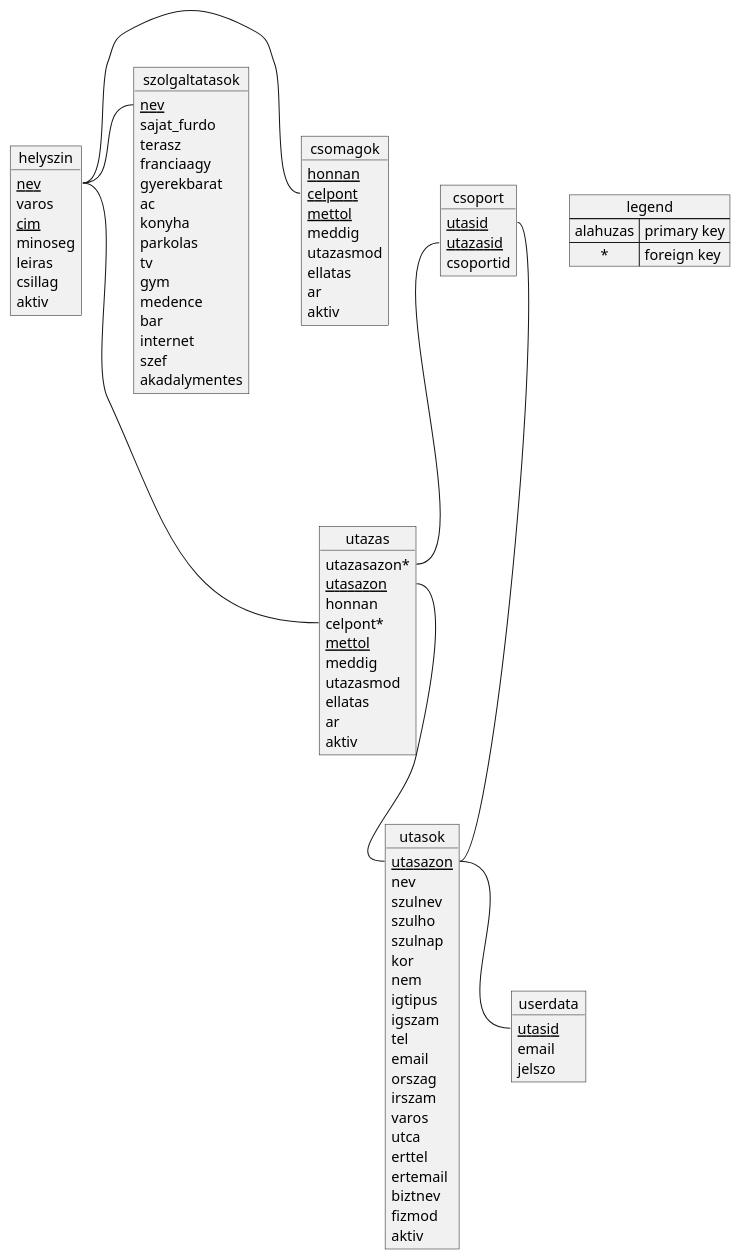
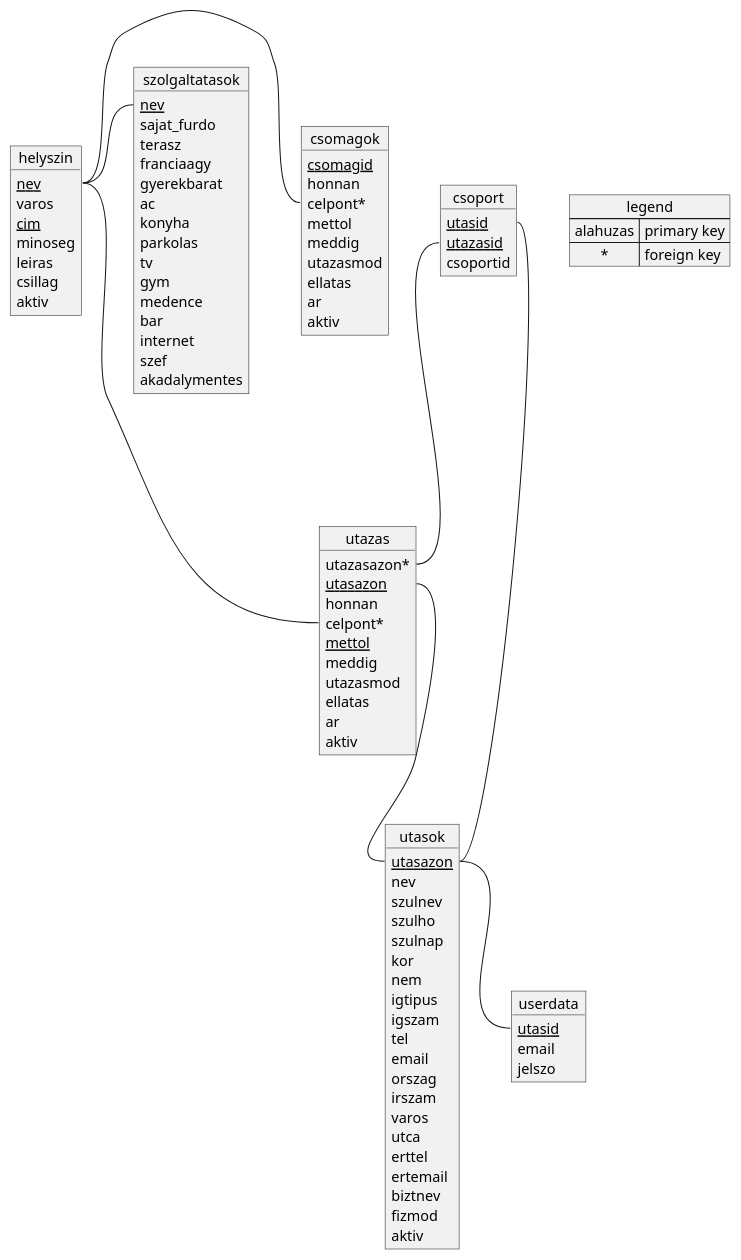
Before and after one commit to PeacefulAvocado/JourneyMasters: the diagram in dokumentáció/database/database.puml, drawn with PlantUML. The commit also changed 4 other files, not shown here.

```diff
--- a/dokumentáció/database/database.puml
+++ b/dokumentáció/database/database.puml
@@ -1,108 +1,109 @@
 @startuml Database-structure
 
 
 
 object utasok{
    <u>utasazon
     nev
     szulnev
     szulho
     szulnap
     kor
     nem
     igtipus
     igszam
     tel
     email
     orszag
     irszam
     varos
     utca
     erttel
     ertemail
     biztnev
     fizmod
     aktiv
 }
 
 object utazas{
     utazasazon*
     <u>utasazon
     honnan
     celpont*
     <u>mettol
     meddig
     utazasmod
     ellatas
     ar
     aktiv
 
 }
 
 object userdata {
     <u>utasid
     email
     jelszo
 }
 
 object csoport{
     <u>utasid
     <u>utazasid
     csoportid
 }
 
 object helyszin {
     <u>nev
     varos
     <u>cim
     minoseg
     leiras
     csillag
     aktiv
 }
 
 object csomagok {
-    <u>honnan
-    <u>celpont
-    <u>mettol
+    <u>csomagid
+    honnan
+    celpont*
+    mettol
     meddig
     utazasmod
     ellatas
     ar
     aktiv
 }
 
 object szolgaltatasok {
     <u>nev
     sajat_furdo
     terasz
     franciaagy
     gyerekbarat
     ac
     konyha
     parkolas
     tv
     gym
     medence
     bar
     internet
     szef
     akadalymentes
 }
 
 
 utasok::utasazon -up- utazas::utasazon
 utasok::utasazon -right- userdata::utasid
 csoport::utasid -right- utasok::utasazon
 csoport::utazasid --- utazas::utazasazon
 helyszin::nev --- utazas::celpont
 csomagok::celpont -left- helyszin::nev
 szolgaltatasok::nev -left- helyszin::nev
 
 map legend {
     alahuzas => primary key
     * => foreign key
      
 }
 
 @enduml
```
